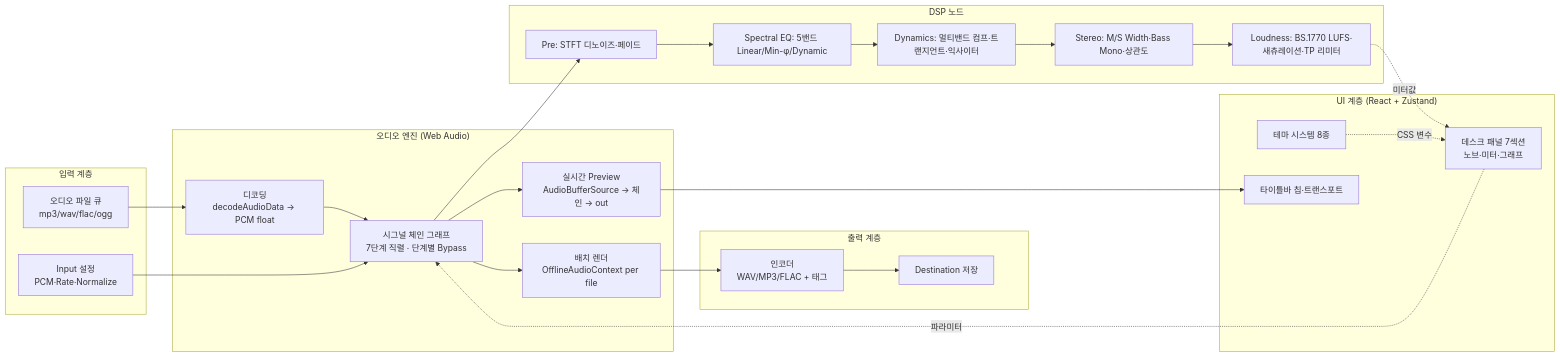
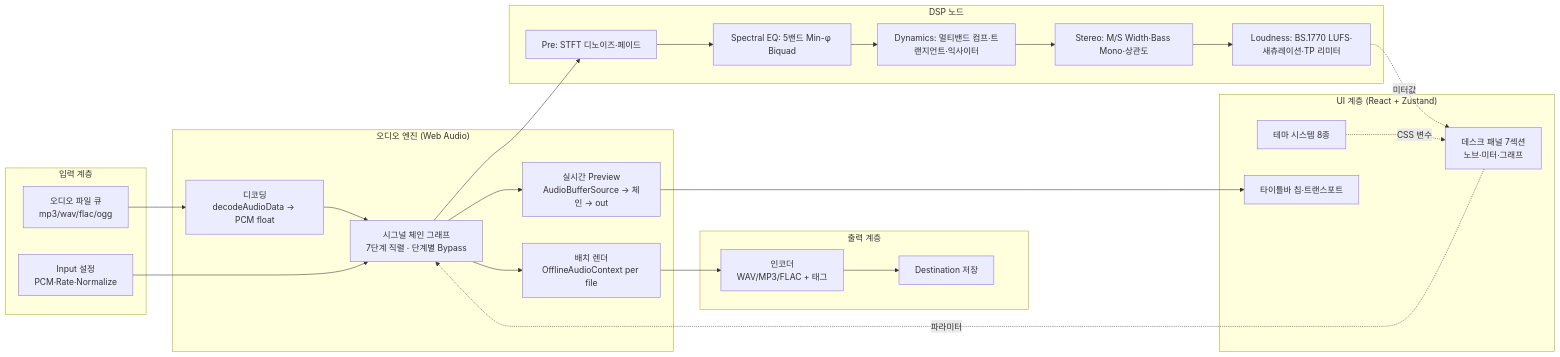
The first of 3 diagrams in A1. 개발-프로세스.md (limsunglyong/FocusDAW-Mastering), drawn with Mermaid before and after one commit. The commit also changed other lines of this file and 8 other files, not shown here.

````diff
--- a/A1. 개발-프로세스.md
+++ b/A1. 개발-프로세스.md
@@ -39,37 +39,37 @@
 ```mermaid
 flowchart LR
     subgraph In["입력 계층"]
         A[오디오 파일 큐<br/>mp3/wav/flac/ogg]
         A2[Input 설정<br/>PCM·Rate·Normalize]
     end
     subgraph Eng["오디오 엔진 (Web Audio)"]
         B[디코딩<br/>decodeAudioData → PCM float]
         C[시그널 체인 그래프<br/>7단계 직렬 · 단계별 Bypass]
         D[실시간 Preview<br/>AudioBufferSource → 체인 → out]
         E[배치 렌더<br/>OfflineAudioContext per file]
     end
     subgraph DSP["DSP 노드"]
         F1[Pre: STFT 디노이즈·페이드]
-        F2[Spectral EQ: 5밴드 Linear/Min-φ/Dynamic]
+        F2[Spectral EQ: 5밴드 Min-φ Biquad]
         F3[Dynamics: 멀티밴드 컴프·트랜지언트·익사이터]
         F4[Stereo: M/S Width·Bass Mono·상관도]
         F5[Loudness: BS.1770 LUFS·새츄레이션·TP 리미터]
     end
     subgraph Out["출력 계층"]
         G[인코더<br/>WAV/MP3/FLAC + 태그]
         H[Destination 저장]
     end
     subgraph UI["UI 계층 (React + Zustand)"]
         I[데스크 패널 7섹션<br/>노브·미터·그래프]
         J[테마 시스템 8종]
         K[타이틀바 칩·트랜스포트]
     end
     A --> B --> C
     A2 --> C
     C --> F1 --> F2 --> F3 --> F4 --> F5
     C --> D --> K
     C --> E --> G --> H
     I -.파라미터.-> C
     F5 -.미터값.-> I
     J -.CSS 변수.-> I
 ```
````
